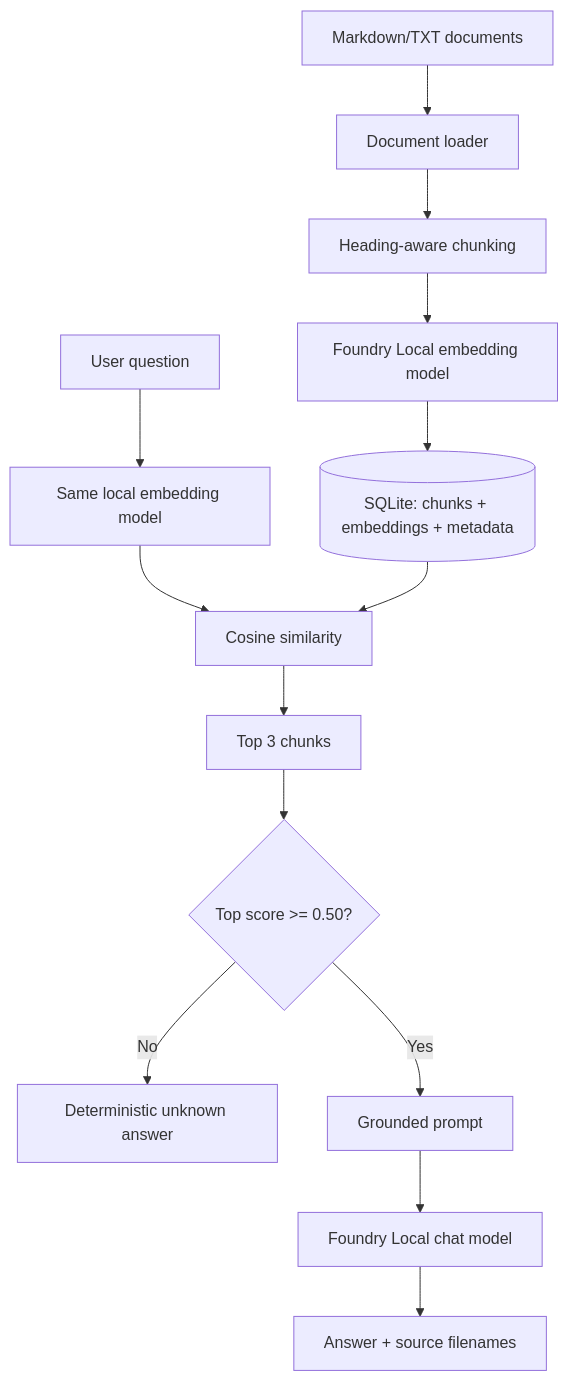
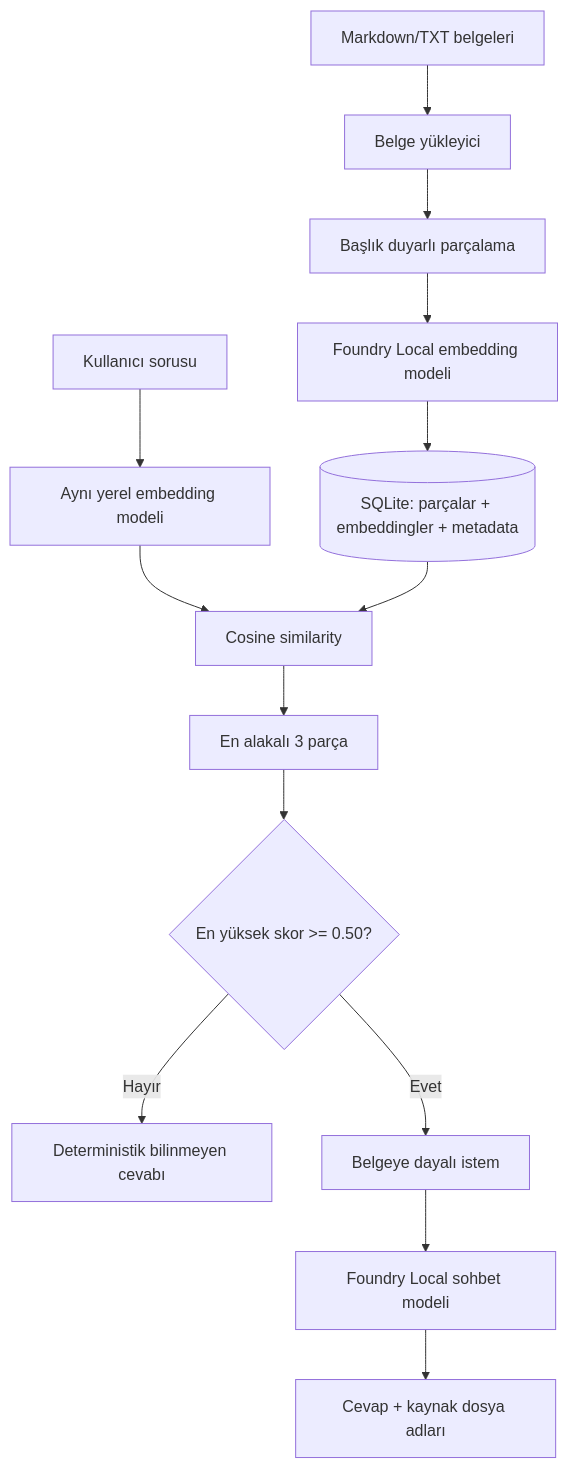
Before and after one commit to Asilturkmen/Microsoft-AI: the diagram in README.md, drawn with Mermaid. The commit also changed other lines of this file and 33 other files, not shown here.

````diff
--- a/README.md
+++ b/README.md
@@ -13,16 +13,16 @@
 ```mermaid
 flowchart TD
-    A[Markdown/TXT documents] --> B[Document loader]
-    B --> C[Heading-aware chunking]
-    C --> D[Foundry Local embedding model]
-    D --> E[(SQLite: chunks + embeddings + metadata)]
-    Q[User question] --> F[Same local embedding model]
+    A[Markdown/TXT belgeleri] --> B[Belge yükleyici]
+    B --> C[Başlık duyarlı parçalama]
+    C --> D[Foundry Local embedding modeli]
+    D --> E[(SQLite: parçalar + embeddingler + metadata)]
+    Q[Kullanıcı sorusu] --> F[Aynı yerel embedding modeli]
     F --> G[Cosine similarity]
     E --> G
-    G --> H[Top 3 chunks]
-    H --> I{Top score >= 0.50?}
-    I -- No --> U[Deterministic unknown answer]
-    I -- Yes --> J[Grounded prompt]
-    J --> K[Foundry Local chat model]
-    K --> L[Answer + source filenames]
+    G --> H[En alakalı 3 parça]
+    H --> I{En yüksek skor >= 0.50?}
+    I -- Hayır --> U[Deterministik bilinmeyen cevabı]
+    I -- Evet --> J[Belgeye dayalı istem]
+    J --> K[Foundry Local sohbet modeli]
+    K --> L[Cevap + kaynak dosya adları]
 ```
````
